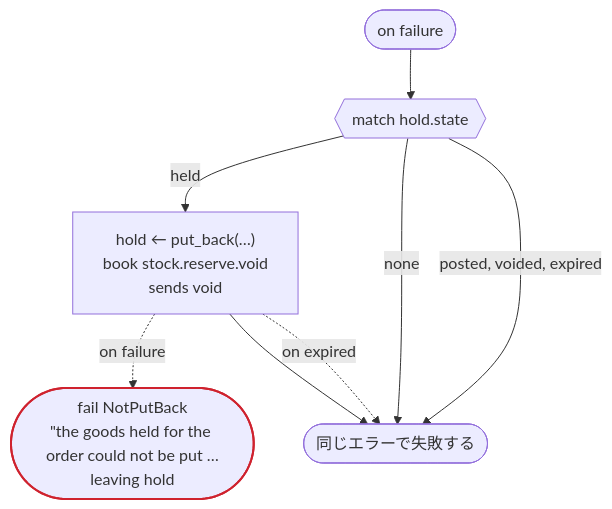
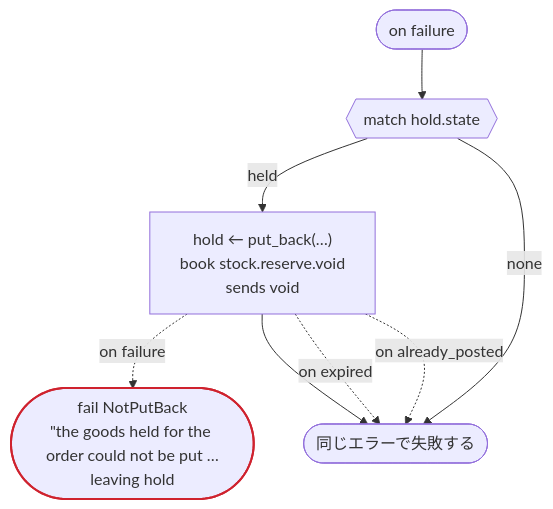
The second of 2 diagrams in crates/dandori/tests/doc/examples-invoice-invoice.ja.md (i2y/ritsu), drawn with Mermaid before and after one commit. The commit also changed other lines of this file and 57 other files, not shown here.

````diff
--- a/crates/dandori/tests/doc/examples-invoice-invoice.ja.md
+++ b/crates/dandori/tests/doc/examples-invoice-invoice.ja.md
@@ -46,18 +46,18 @@
 ```mermaid
 flowchart TD
     onf(["on failure"])
     s13{{"match hold.state"}}
     s15["hold ← put_back(…)<br>book stock.reserve.void<br>sends void"]
-    s17(["fail NotPutBack<br>#quot;the goods held for the order could not be put …<br>leaving hold"])
+    s18(["fail NotPutBack<br>#quot;the goods held for the order could not be put …<br>leaving hold"])
     onfEnd(["同じエラーで失敗する"])
     onf --> s13
     s13 -->|"held"| s15
-    s15 -.->|"on failure"| s17
+    s15 -.->|"on failure"| s18
     s13 -->|"none"| onfEnd
     s15 --> onfEnd
     s15 -.->|"on expired"| onfEnd
-    s13 -->|"posted, voided, expired"| onfEnd
+    s15 -.->|"on already_posted"| onfEnd
     classDef ok stroke:#2da44e,stroke-width:2px
     classDef bad stroke:#cf222e,stroke-width:2px
-    class s17 bad
+    class s18 bad
 ```
````
